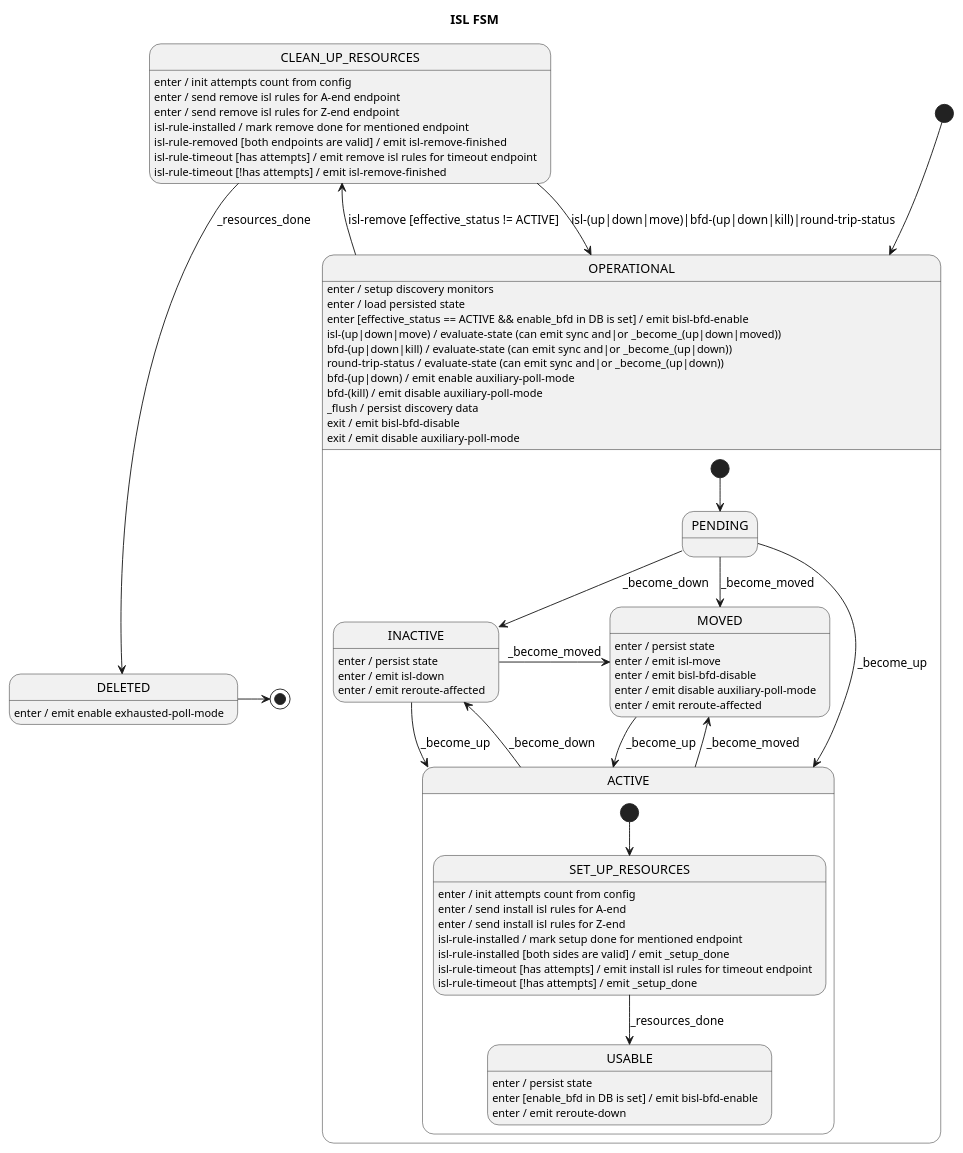
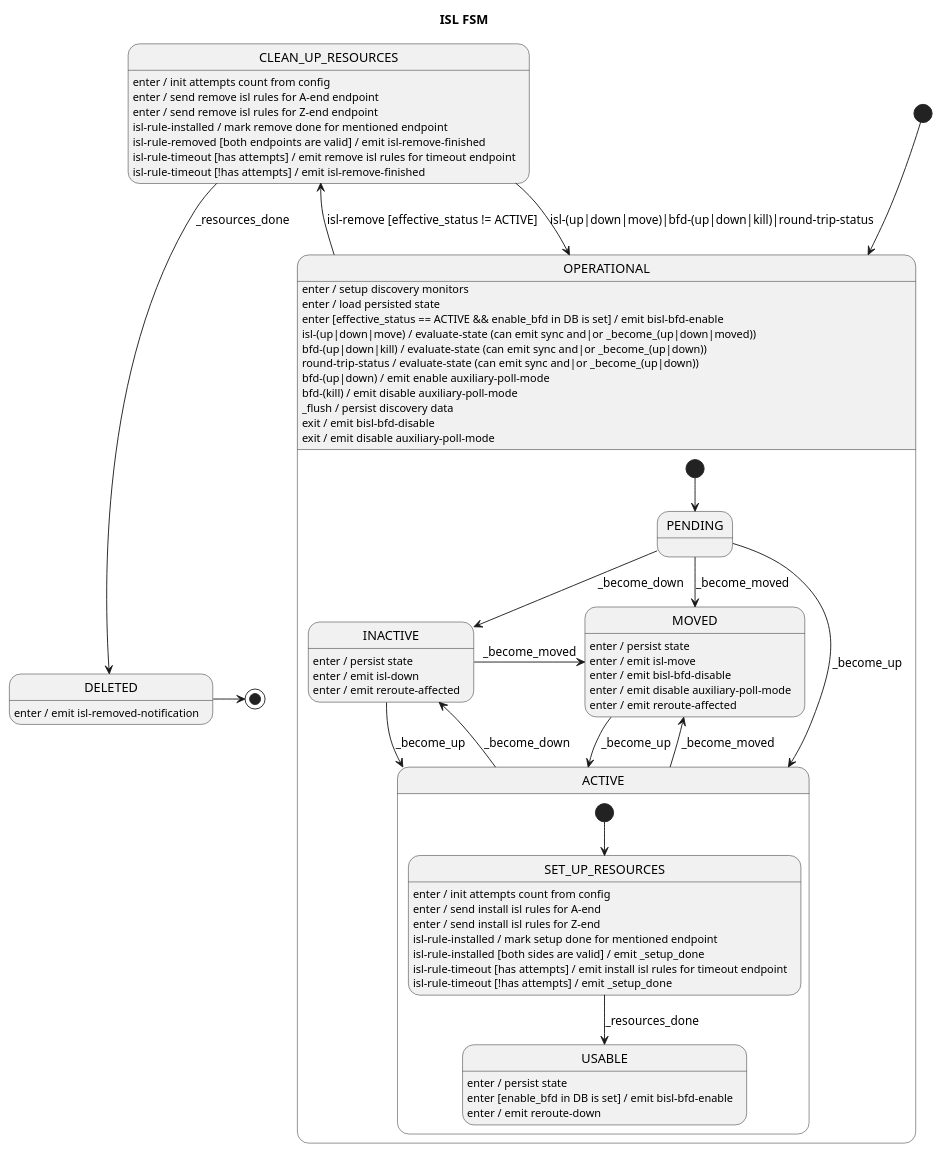
Before and after one commit to telstra/open-kilda: the diagram in docs/design/network-discovery/ISL-FSM.puml, drawn with PlantUML. The commit also changed 11 other files, not shown here.

```diff
--- a/docs/design/network-discovery/ISL-FSM.puml
+++ b/docs/design/network-discovery/ISL-FSM.puml
@@ -27,70 +27,70 @@
 @startuml
 title ISL FSM
 
 [*] --> OPERATIONAL
 
 state OPERATIONAL {
     [*] --> PENDING
 
     PENDING --> ACTIVE : _become_up
     PENDING --> INACTIVE : _become_down
     PENDING --> MOVED : _become_moved
 
     state ACTIVE {
         [*] --> SET_UP_RESOURCES
 
         SET_UP_RESOURCES --> USABLE : _resources_done
         SET_UP_RESOURCES : enter / init attempts count from config
         SET_UP_RESOURCES : enter / send install isl rules for A-end
         SET_UP_RESOURCES : enter / send install isl rules for Z-end
         SET_UP_RESOURCES : isl-rule-installed / mark setup done for mentioned endpoint
         SET_UP_RESOURCES : isl-rule-installed [both sides are valid] / emit _setup_done
         SET_UP_RESOURCES : isl-rule-timeout [has attempts] / emit install isl rules for timeout endpoint
         SET_UP_RESOURCES : isl-rule-timeout [!has attempts] / emit _setup_done
 
         USABLE : enter / persist state
         USABLE : enter [enable_bfd in DB is set] / emit bisl-bfd-enable
         USABLE : enter / emit reroute-down
     }
     ACTIVE --> INACTIVE : _become_down
     ACTIVE --> MOVED : _become_moved
 
     INACTIVE --> ACTIVE : _become_up
     INACTIVE -r-> MOVED : _become_moved
     INACTIVE : enter / persist state
     INACTIVE : enter / emit isl-down
     INACTIVE : enter / emit reroute-affected
 
     MOVED --> ACTIVE : _become_up
     MOVED : enter / persist state
     MOVED : enter / emit isl-move
     MOVED : enter / emit bisl-bfd-disable
     MOVED : enter / emit disable auxiliary-poll-mode
     MOVED : enter / emit reroute-affected
 }
 OPERATIONAL --> CLEAN_UP_RESOURCES : isl-remove [effective_status != ACTIVE]
 OPERATIONAL : enter / setup discovery monitors
 OPERATIONAL : enter / load persisted state
 OPERATIONAL : enter [effective_status == ACTIVE && enable_bfd in DB is set] / emit bisl-bfd-enable
 OPERATIONAL : isl-(up|down|move) / evaluate-state (can emit sync and|or _become_(up|down|moved))
 OPERATIONAL : bfd-(up|down|kill) / evaluate-state (can emit sync and|or _become_(up|down))
 OPERATIONAL : round-trip-status / evaluate-state (can emit sync and|or _become_(up|down))
 OPERATIONAL : bfd-(up|down) / emit enable auxiliary-poll-mode
 OPERATIONAL : bfd-(kill) / emit disable auxiliary-poll-mode
 OPERATIONAL : _flush / persist discovery data
 OPERATIONAL : exit / emit bisl-bfd-disable
 OPERATIONAL : exit / emit disable auxiliary-poll-mode
 
 CLEAN_UP_RESOURCES : enter / init attempts count from config
 CLEAN_UP_RESOURCES : enter / send remove isl rules for A-end endpoint
 CLEAN_UP_RESOURCES : enter / send remove isl rules for Z-end endpoint
 CLEAN_UP_RESOURCES : isl-rule-installed / mark remove done for mentioned endpoint
 CLEAN_UP_RESOURCES : isl-rule-removed [both endpoints are valid] / emit isl-remove-finished
 CLEAN_UP_RESOURCES : isl-rule-timeout [has attempts] / emit remove isl rules for timeout endpoint
 CLEAN_UP_RESOURCES : isl-rule-timeout [!has attempts] / emit isl-remove-finished
 CLEAN_UP_RESOURCES --> DELETED : _resources_done
 CLEAN_UP_RESOURCES --> OPERATIONAL : isl-(up|down|move)|bfd-(up|down|kill)|round-trip-status
 
 DELETED -> [*]
-DELETED : enter / emit enable exhausted-poll-mode
+DELETED : enter / emit isl-removed-notification
 @enduml
```
